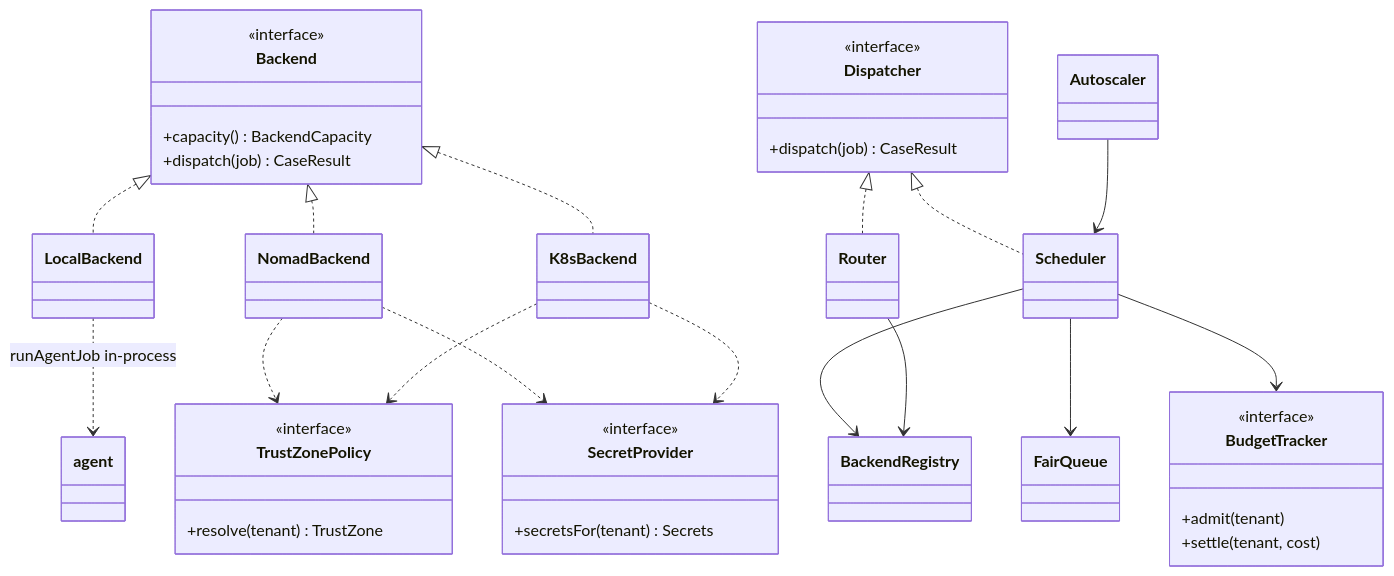
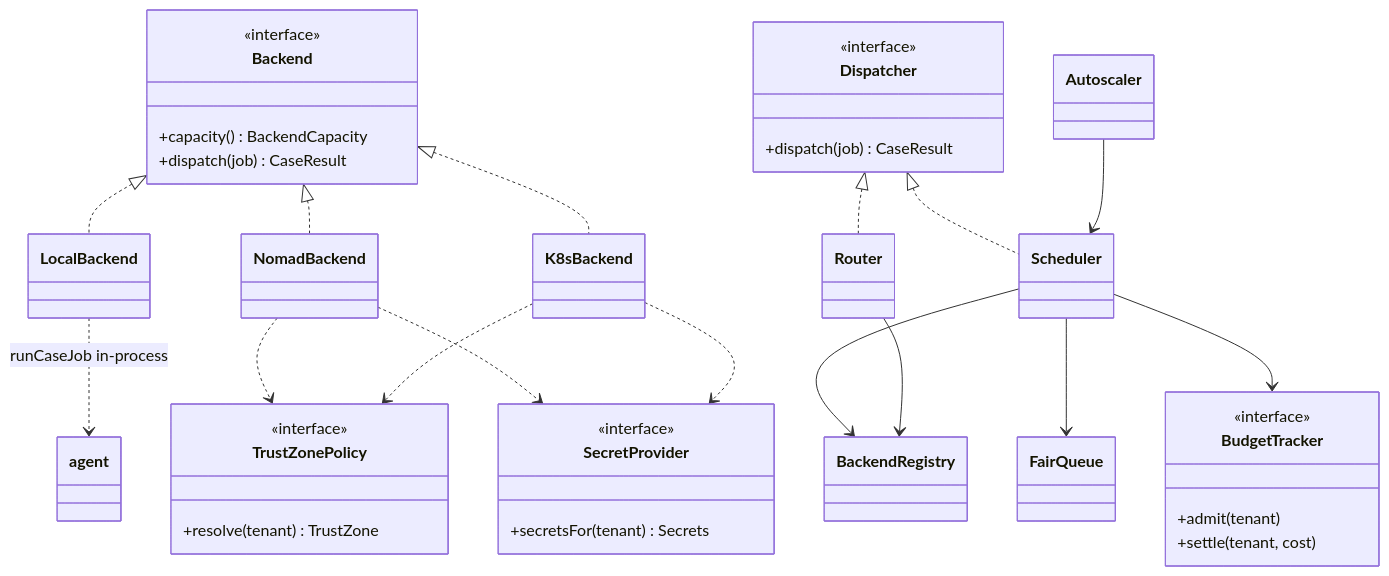
Before and after one commit to everdict/everdict: diagram 12 of 24 in docs/architecture/collaboration.md, drawn with Mermaid. The commit also changed other lines of this file and 180 other files, not shown here.

````diff
--- a/docs/architecture/collaboration.md
+++ b/docs/architecture/collaboration.md
@@ -557,40 +557,40 @@
 ```mermaid
 classDiagram
   class Backend {
     <<interface>>
     +capacity() BackendCapacity
     +dispatch(job) CaseResult
   }
   class Dispatcher {
     <<interface>>
     +dispatch(job) CaseResult
   }
   class TrustZonePolicy {
     <<interface>>
     +resolve(tenant) TrustZone
   }
   class BudgetTracker {
     <<interface>>
     +admit(tenant)
     +settle(tenant, cost)
   }
   class SecretProvider {
     <<interface>>
     +secretsFor(tenant) Secrets
   }
   Backend <|.. LocalBackend
   Backend <|.. NomadBackend
   Backend <|.. K8sBackend
   Dispatcher <|.. Scheduler
   Dispatcher <|.. Router
   Scheduler --> BackendRegistry
   Scheduler --> FairQueue
   Scheduler --> BudgetTracker
   Router --> BackendRegistry
   Autoscaler --> Scheduler
-  LocalBackend ..> agent : runAgentJob in-process
+  LocalBackend ..> agent : runCaseJob in-process
   NomadBackend ..> TrustZonePolicy
   NomadBackend ..> SecretProvider
   K8sBackend ..> TrustZonePolicy
   K8sBackend ..> SecretProvider
 ```
````
